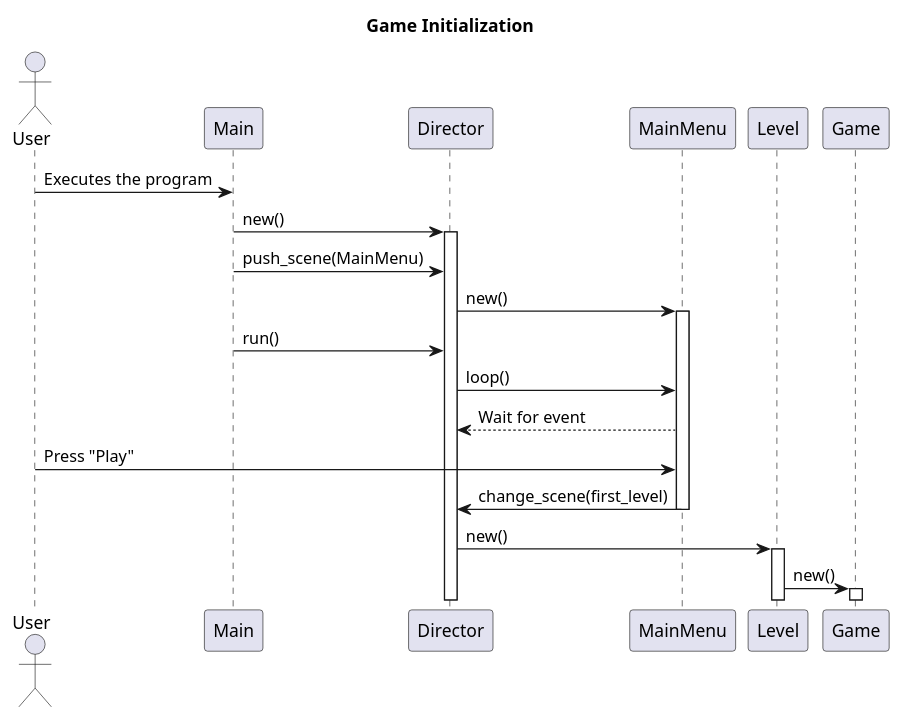
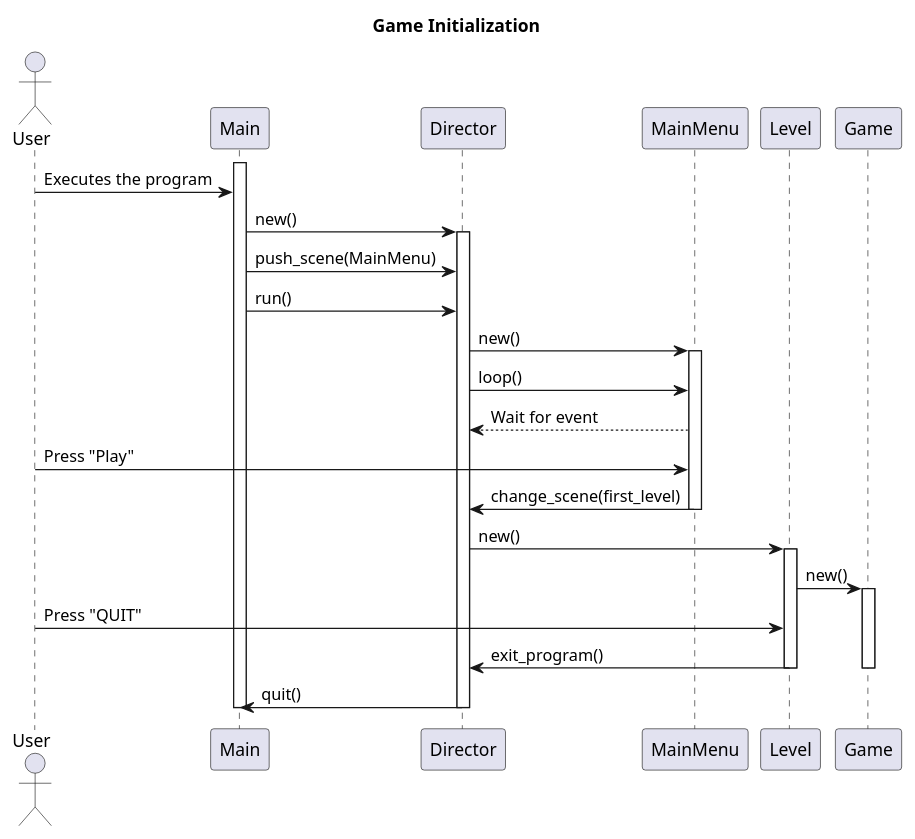
The diagram in docs/diagrams/game_initialization_sequence_diagram.pu (Tejon-Company/Tejon-Jumper), drawn with PlantUML before and after one commit. The commit also changed 11 other files, not shown here.

Commit message:
Add diagrams png

```diff
--- a/docs/diagrams/game_initialization_sequence_diagram.pu
+++ b/docs/diagrams/game_initialization_sequence_diagram.pu
@@ -1,29 +1,36 @@
 @startuml Game Initialization
 
 title Game Initialization
 
 actor User
 participant Main
 participant Director
 participant MainMenu
 participant Level
 participant Game
 
+activate Main
 User -> Main: Executes the program
 Main -> Director: new()
 activate Director
 Main -> Director: push_scene(MainMenu)
+Main -> Director: run()
 Director -> MainMenu: new()
 activate MainMenu
-Main -> Director: run()
 Director -> MainMenu: loop()
 MainMenu --> Director: Wait for event
 User -> MainMenu: Press "Play"
 MainMenu -> Director: change_scene(first_level)
 deactivate MainMenu
 Director -> Level: new()
 activate Level
 Level -> Game: new()
 activate Game
-
+User -> Level : Press "QUIT"
+Level -> Director: exit_program()
+deactivate Game
+deactivate Level
+Director -> Main: quit()
+deactivate Director
+deactivate Main
 @enduml
```
